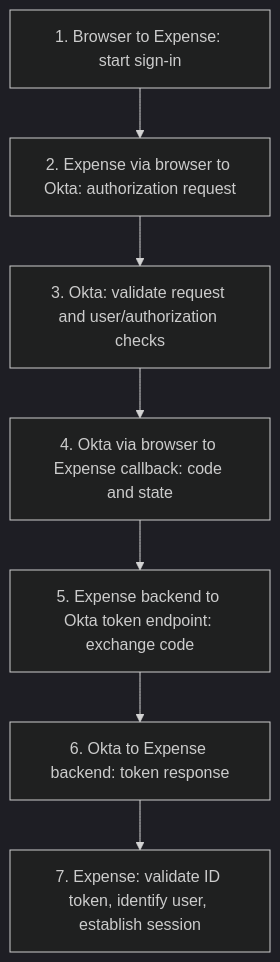
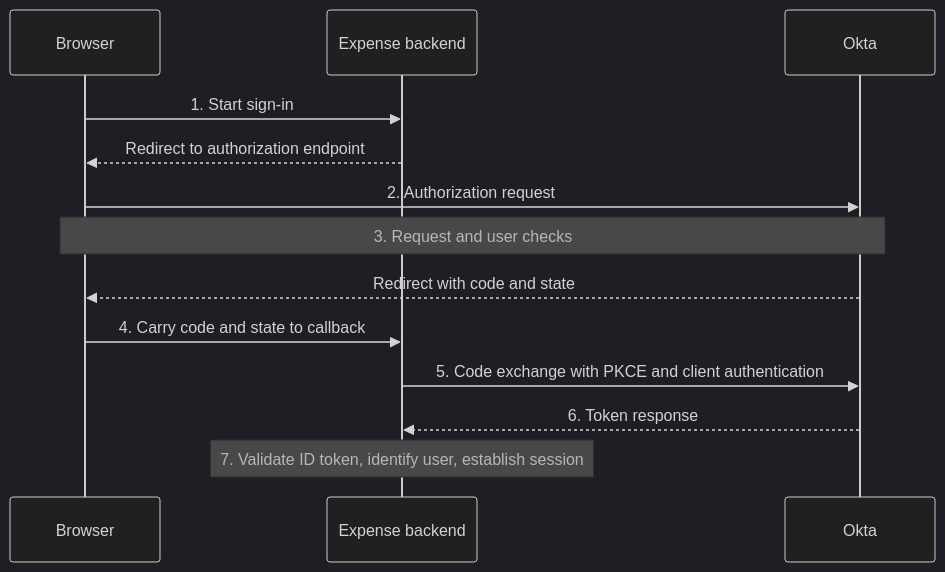
One commit to TedxHarry/Okta_Theory changed the diagram in lessons/day-09-oidc.md. Above: the diagram before and after it, drawn with Mermaid (dark theme). The commit also changed other lines of this file and 63 other files, not shown here.

Commit message:
Clarify course references and repair Pages navigation and diagrams

````diff
--- a/lessons/day-09-oidc.md
+++ b/lessons/day-09-oidc.md
@@ -48,4 +48,15 @@
 ```mermaid
-flowchart TD
-  A["1. Browser to Expense: start sign-in"] --> B["2. Expense via browser to Okta: authorization request"] --> C["3. Okta: validate request and user/authorization checks"] --> D["4. Okta via browser to Expense callback: code and state"] --> E["5. Expense backend to Okta token endpoint: exchange code"] --> F["6. Okta to Expense backend: token response"] --> G["7. Expense: validate ID token, identify user, establish session"]
+sequenceDiagram
+  participant B as Browser
+  participant E as Expense backend
+  participant O as Okta
+  B->>E: 1. Start sign-in
+  E-->>B: Redirect to authorization endpoint
+  B->>O: 2. Authorization request
+  Note over B,O: 3. Request and user checks
+  O-->>B: Redirect with code and state
+  B->>E: 4. Carry code and state to callback
+  E->>O: 5. Code exchange with PKCE and client authentication
+  O-->>E: 6. Token response
+  Note over E: 7. Validate ID token, identify user, establish session
 ```
````
